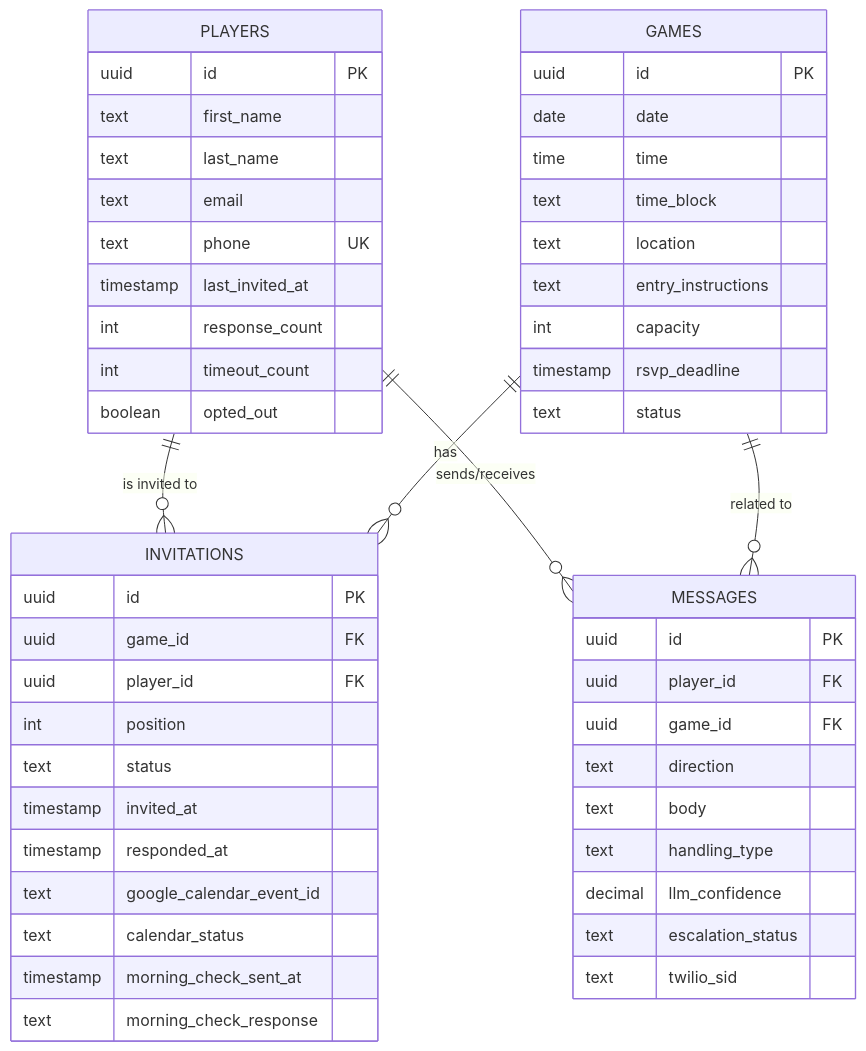
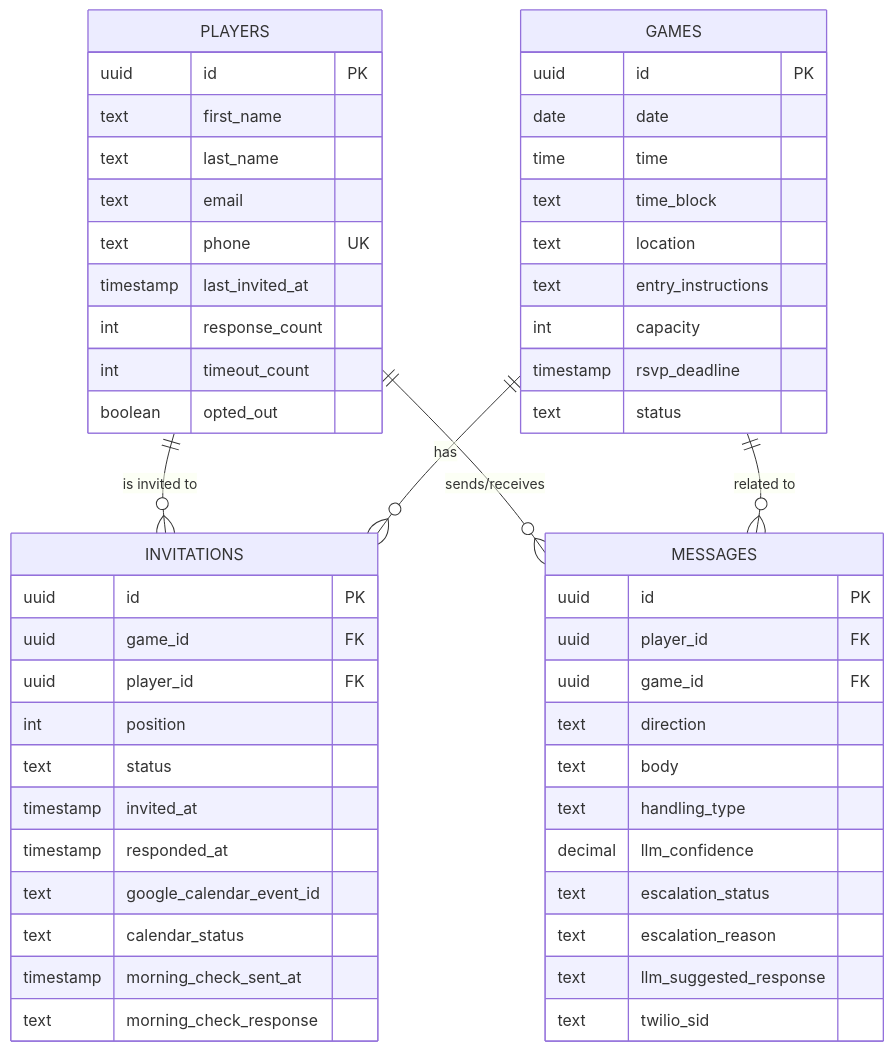
The first of 24 diagrams in TECHNICAL_SPEC.md (jondahl/pokerbot), drawn with Mermaid before and after one commit. The commit also changed other lines of this file and 92 other files, not shown here.

````diff
--- a/TECHNICAL_SPEC.md
+++ b/TECHNICAL_SPEC.md
@@ -163,57 +165,59 @@
 ```mermaid
 erDiagram
     PLAYERS {
         uuid id PK
         text first_name
         text last_name
         text email
         text phone UK
         timestamp last_invited_at
         int response_count
         int timeout_count
         boolean opted_out
     }
 
     GAMES {
         uuid id PK
         date date
         time time
         text time_block
         text location
         text entry_instructions
         int capacity
         timestamp rsvp_deadline
         text status
     }
 
     INVITATIONS {
         uuid id PK
         uuid game_id FK
         uuid player_id FK
         int position
         text status
         timestamp invited_at
         timestamp responded_at
         text google_calendar_event_id
         text calendar_status
         timestamp morning_check_sent_at
         text morning_check_response
     }
 
     MESSAGES {
         uuid id PK
         uuid player_id FK
         uuid game_id FK
         text direction
         text body
         text handling_type
         decimal llm_confidence
         text escalation_status
+        text escalation_reason
+        text llm_suggested_response
         text twilio_sid
     }
 
     PLAYERS ||--o{ INVITATIONS : "is invited to"
     GAMES ||--o{ INVITATIONS : "has"
     PLAYERS ||--o{ MESSAGES : "sends/receives"
     GAMES ||--o{ MESSAGES : "related to"
 ```
````
